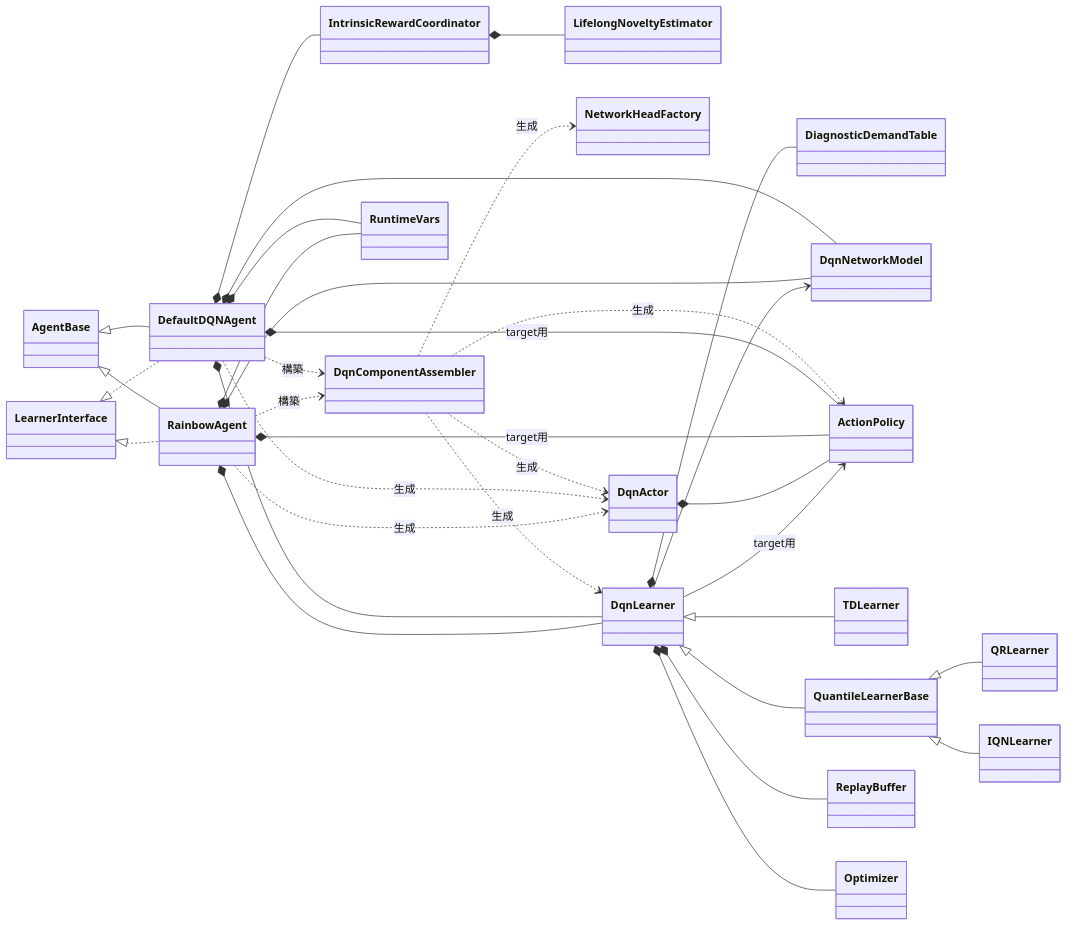
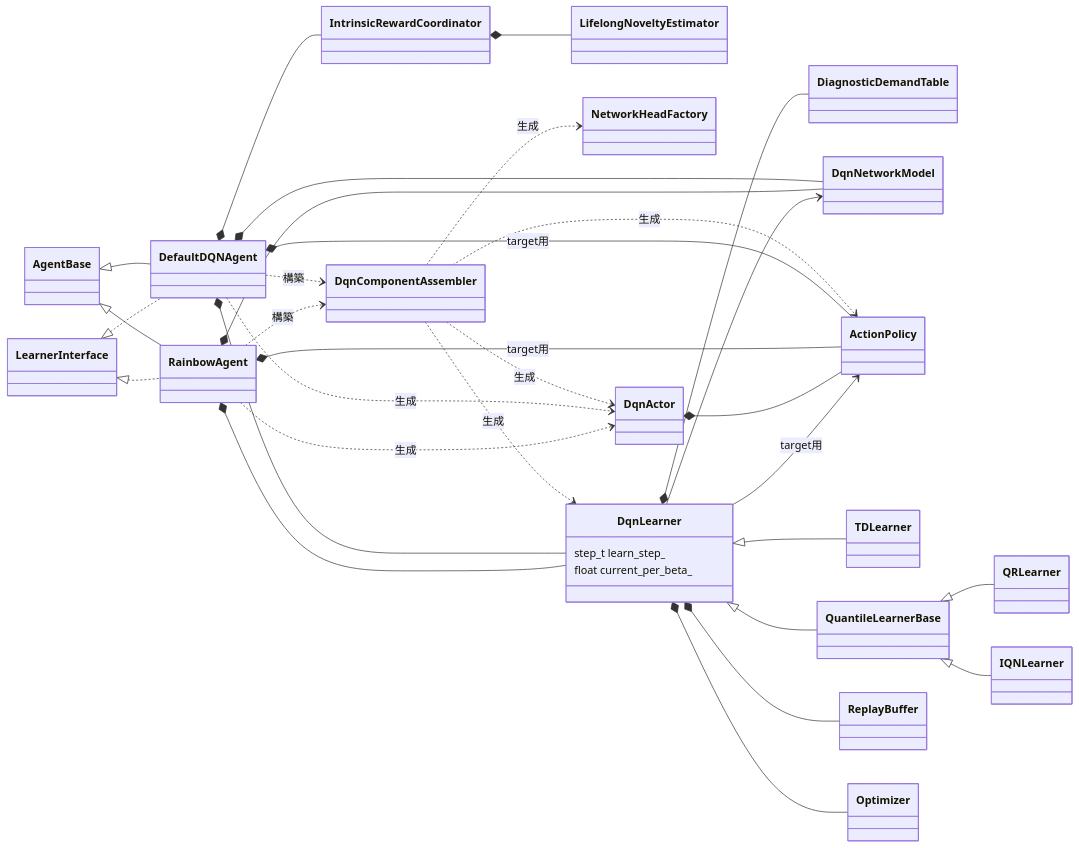
The eighth of 11 diagrams in docs/design/200_dqn_agents.en.md (kazukin123/anet-lab), drawn with Mermaid before and after one commit. The commit also changed other lines of this file and 43 other files, not shown here.

````diff
--- a/docs/design/200_dqn_agents.en.md
+++ b/docs/design/200_dqn_agents.en.md
@@ -322,58 +321,58 @@
 ```mermaid
 classDiagram
 direction LR
 
 class AgentBase
 class LearnerInterface
 class DefaultDQNAgent
 class RainbowAgent
 class IntrinsicRewardCoordinator
 class LifelongNoveltyEstimator
 class DqnComponentAssembler
 class NetworkHeadFactory
 class DiagnosticDemandTable
-class RuntimeVars
 class DqnNetworkModel
 class ActionPolicy
 class DqnActor
-class DqnLearner
+class DqnLearner {
+    step_t learn_step_
+    float current_per_beta_
+}
 class TDLearner
 class QuantileLearnerBase
 class QRLearner
 class IQNLearner
 class ReplayBuffer
 class Optimizer
 
 AgentBase <|-- DefaultDQNAgent
 AgentBase <|-- RainbowAgent
 LearnerInterface <|.. DefaultDQNAgent
 LearnerInterface <|.. RainbowAgent
 DefaultDQNAgent ..> DqnComponentAssembler : 構築
 RainbowAgent ..> DqnComponentAssembler : 構築
 DqnComponentAssembler ..> NetworkHeadFactory : 生成
 DqnComponentAssembler ..> ActionPolicy : 生成
 DqnComponentAssembler ..> DqnActor : 生成
 DqnComponentAssembler ..> DqnLearner : 生成
 DqnLearner *-- DiagnosticDemandTable
 DefaultDQNAgent *-- IntrinsicRewardCoordinator
 IntrinsicRewardCoordinator *-- LifelongNoveltyEstimator
-DefaultDQNAgent *-- RuntimeVars
-RainbowAgent *-- RuntimeVars
 DefaultDQNAgent *-- DqnNetworkModel
 RainbowAgent *-- DqnNetworkModel
 DefaultDQNAgent *-- ActionPolicy : target用
 RainbowAgent *-- ActionPolicy : target用
 DefaultDQNAgent *-- DqnLearner
 RainbowAgent *-- DqnLearner
 DefaultDQNAgent ..> DqnActor : 生成
 RainbowAgent ..> DqnActor : 生成
 DqnLearner <|-- TDLearner
 DqnLearner <|-- QuantileLearnerBase
 QuantileLearnerBase <|-- QRLearner
 QuantileLearnerBase <|-- IQNLearner
 DqnLearner *-- ReplayBuffer
 DqnLearner *-- Optimizer
 DqnLearner --> DqnNetworkModel
 DqnActor *-- ActionPolicy
 DqnLearner --> ActionPolicy : target用
 ```
````
